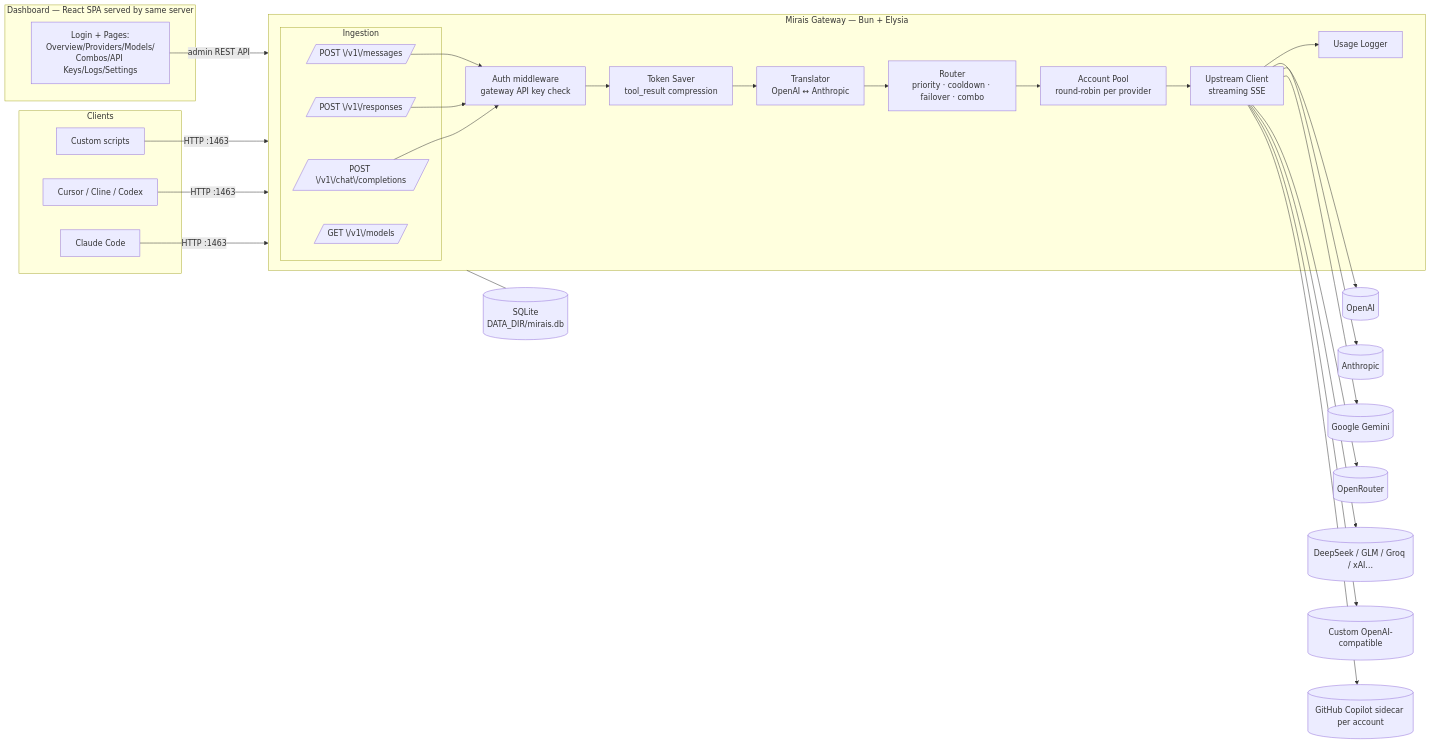
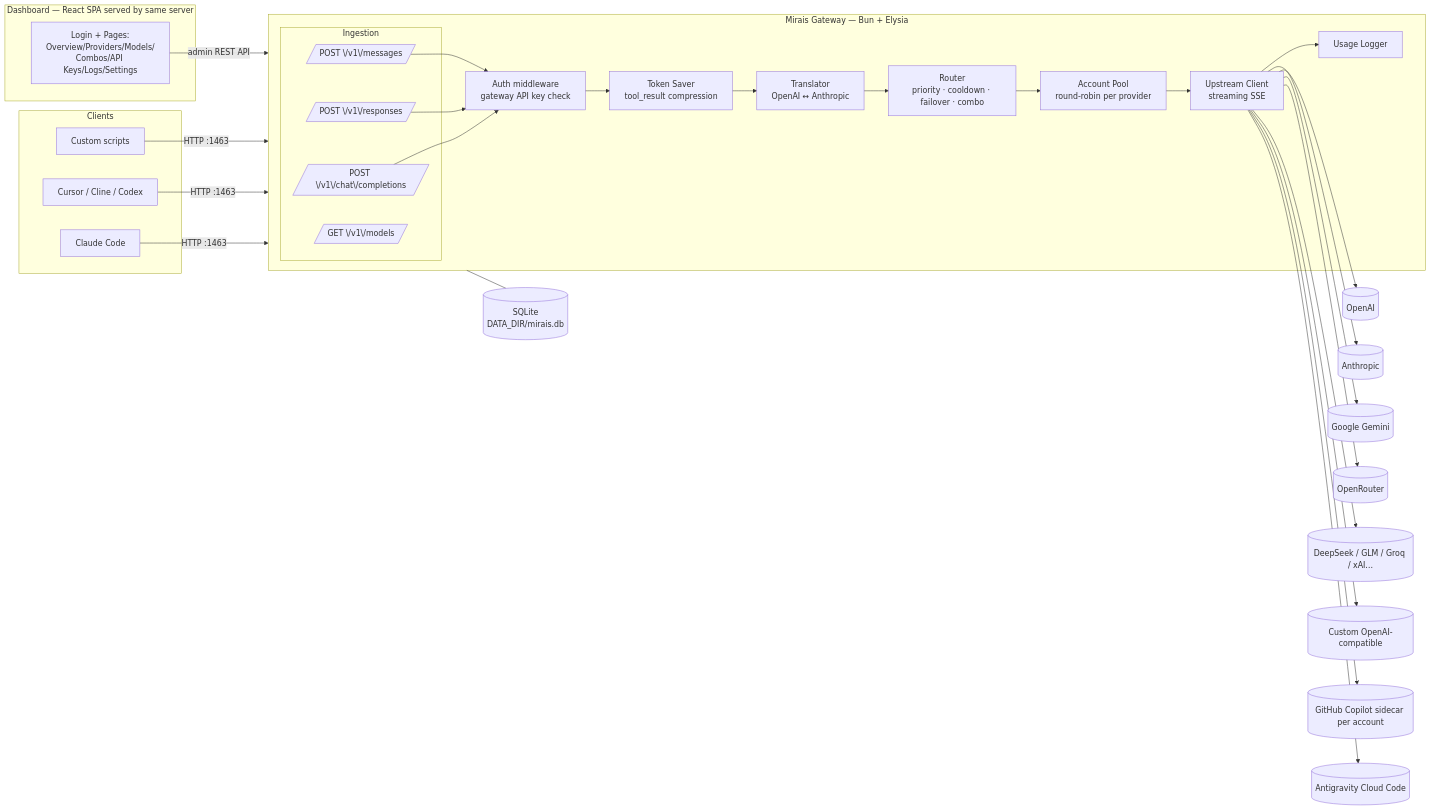
One commit to levanza1358/mirais changed the first of 2 diagrams in docs/01-architecture.md. Above: the diagram before and after it, drawn with Mermaid. The commit also changed other lines of this file and 6 other files, not shown here.

Commit message:
feat: add support for Antigravity provider and update related architecture

````diff
--- a/docs/01-architecture.md
+++ b/docs/01-architecture.md
@@ -5,45 +5,46 @@
 ```mermaid
 flowchart LR
     subgraph Clients
         A[Claude Code] 
         B[Cursor / Cline / Codex]
         C[Custom scripts]
     end
 
     A & B & C -->|HTTP :1463| GW
 
     subgraph GW[Mirais Gateway — Bun + Elysia]
         subgraph Ingestion
             R1[/POST \/v1\/chat\/completions/]
             R2[/POST \/v1\/responses/]
             R3[/POST \/v1\/messages/]
             R4[/GET \/v1\/models/]
         end
 
         AUTH[Auth middleware<br/>gateway API key check]
         TS[Token Saver<br/>tool_result compression]
         TR[Translator<br/>OpenAI ↔ Anthropic]
         RT[Router<br/>priority · cooldown · failover · combo]
         ACC[Account Pool<br/>round-robin per provider]
         UP[Upstream Client<br/>streaming SSE]
         LOG[Usage Logger]
 
         R1 & R2 & R3 --> AUTH --> TS --> TR --> RT --> ACC --> UP
         UP --> LOG
     end
 
     UP --> P1[(OpenAI)]
     UP --> P2[(Anthropic)]
     UP --> P3[(Google Gemini)]
     UP --> P4[(OpenRouter)]
     UP --> P5[(DeepSeek / GLM / Groq / xAI…)]
     UP --> P6[(Custom OpenAI-compatible)]
     UP --> P7[(GitHub Copilot sidecar per account)]
+    UP --> P8[(Antigravity Cloud Code)]
 
     subgraph Admin[Dashboard — React SPA served by same server]
         UI[Login + Pages:<br/>Overview/Providers/Models/<br/>Combos/API Keys/Logs/Settings]
     end
 
     UI -->|admin REST API| GW
     GW --- DB[(SQLite<br/>DATA_DIR/mirais.db)]
 ```
````
